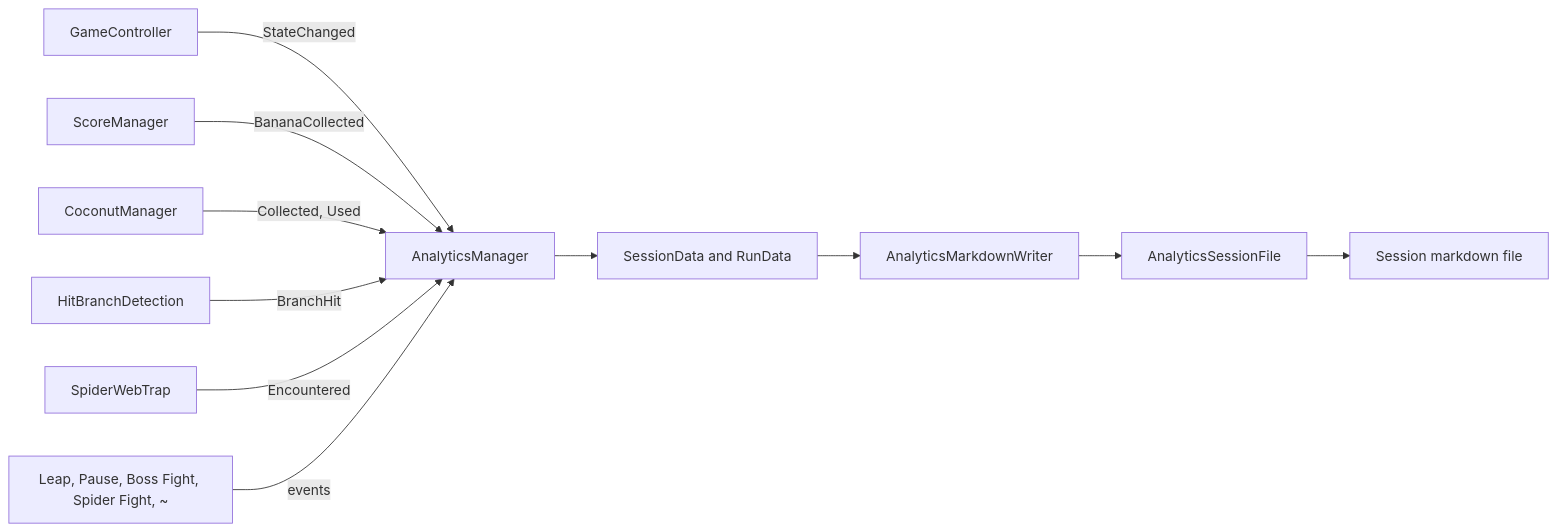
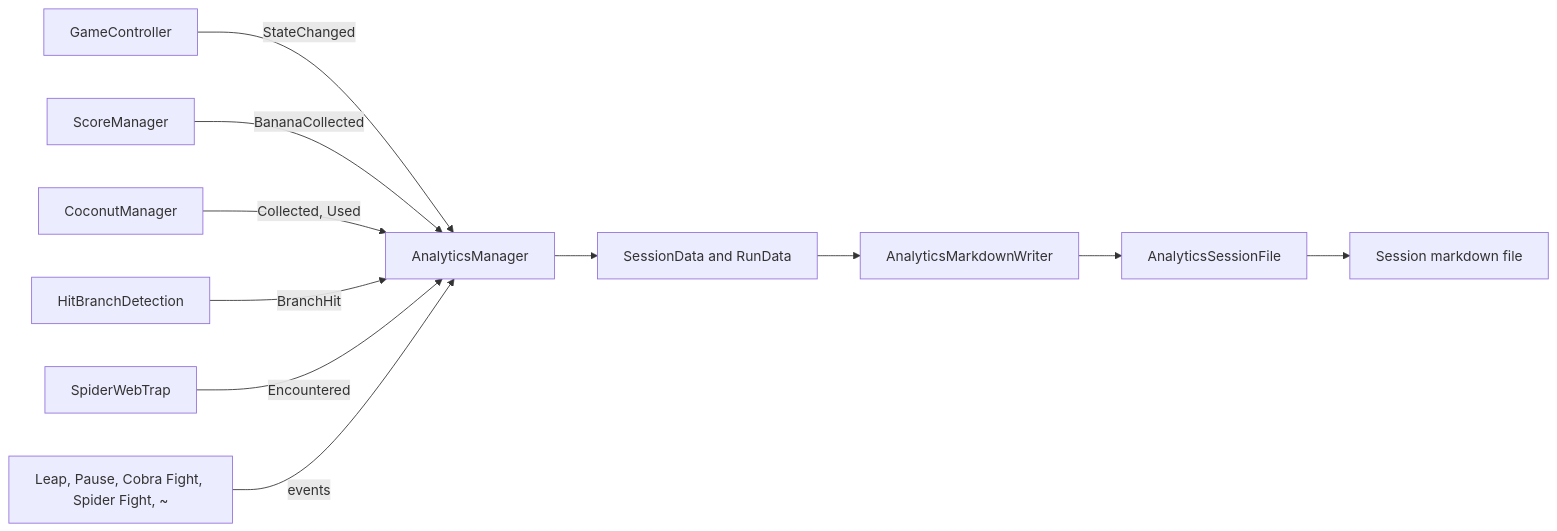
One commit to CSCI-526/Team4-Lu_Lu changed the diagram in docs/analytics-doc.md. Above: the diagram before and after it, drawn with Mermaid. The commit also changed other lines of this file and 2 other files, not shown here.

````diff
--- a/docs/analytics-doc.md
+++ b/docs/analytics-doc.md
@@ -13,13 +13,13 @@
 ```mermaid
 graph LR
   Game[GameController] -->|StateChanged| AM[AnalyticsManager]
   Score[ScoreManager] -->|BananaCollected| AM
   Coconut[CoconutManager] -->|Collected, Used| AM
   Hit[HitBranchDetection] -->|BranchHit| AM
   Web[SpiderWebTrap] -->|Encountered| AM
-  More[Leap, Pause, Boss Fight, Spider Fight, ~] -->|events| AM
+  More[Leap, Pause, Cobra Fight, Spider Fight, ~] -->|events| AM
   AM --> Data[SessionData and RunData]
   Data --> Writer[AnalyticsMarkdownWriter]
   Writer --> SF[AnalyticsSessionFile]
   SF --> File[Session markdown file]
 ```
````
